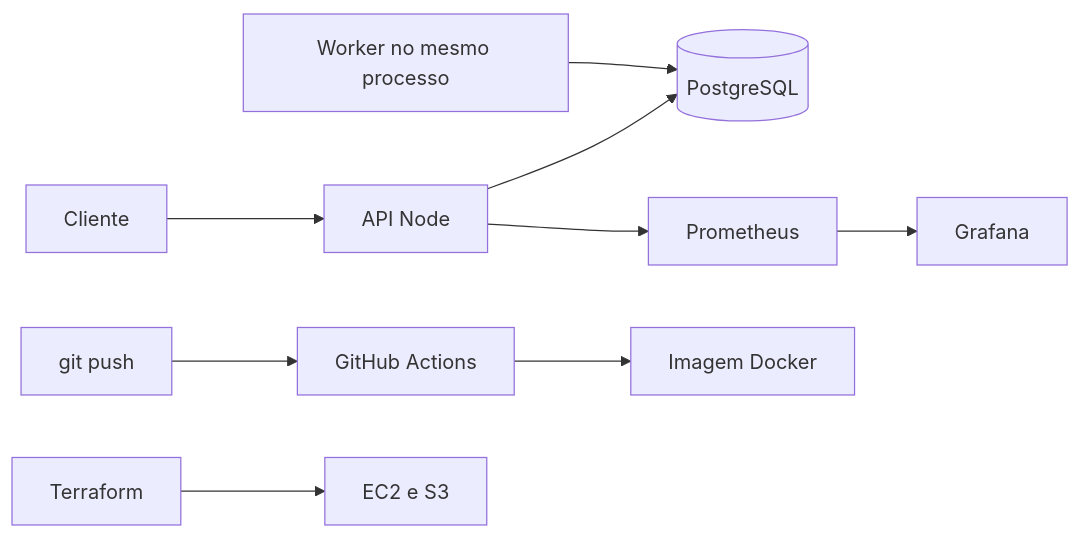
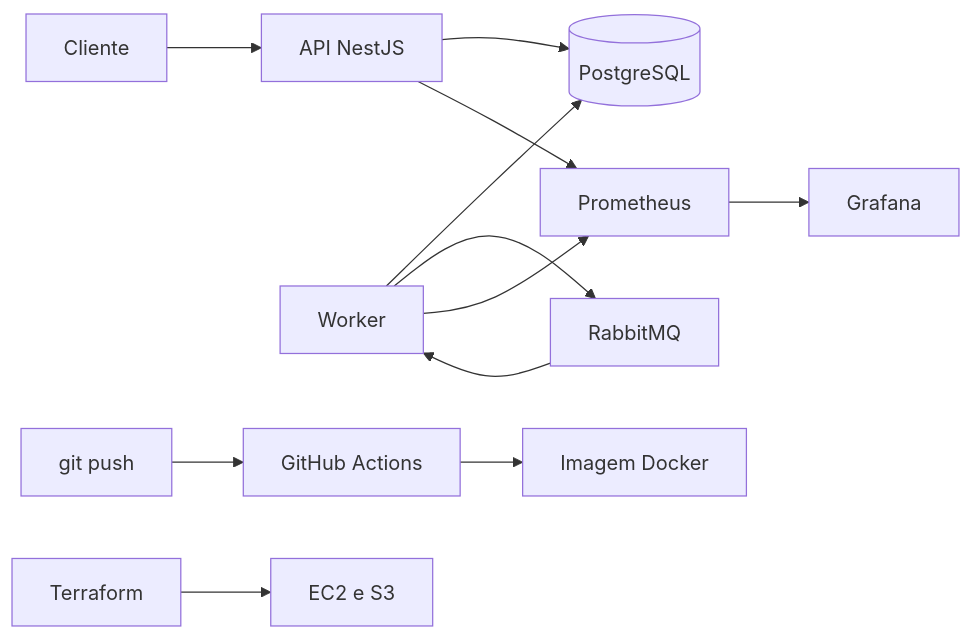
Before and after one commit to almeidasantosdev/delivery-lab: the diagram in README.md, drawn with Mermaid. The commit also changed other lines of this file and 41 other files, not shown here.

First line of the commit message:
feat: API NestJS com outbox no RabbitMQ (#2)

````diff
--- a/README.md
+++ b/README.md
@@ -35,11 +37,14 @@
 ```mermaid
 flowchart LR
-  cliente[Cliente] --> api[API Node]
+  cliente[Cliente] --> api[API NestJS]
   api --> postgres[(PostgreSQL)]
-  worker[Worker no mesmo processo] --> postgres
+  worker[Worker] --> postgres
+  worker --> rabbit[RabbitMQ]
+  rabbit --> worker
   api --> prometheus[Prometheus]
+  worker --> prometheus
   prometheus --> grafana[Grafana]
   push[git push] --> actions[GitHub Actions]
   actions --> imagem[Imagem Docker]
   terraform[Terraform] --> aws[EC2 e S3]
 ```
````
